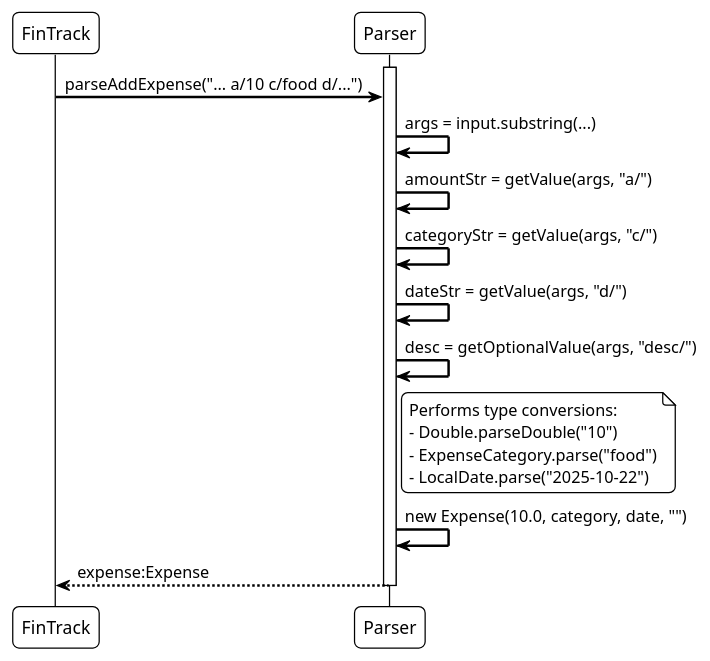
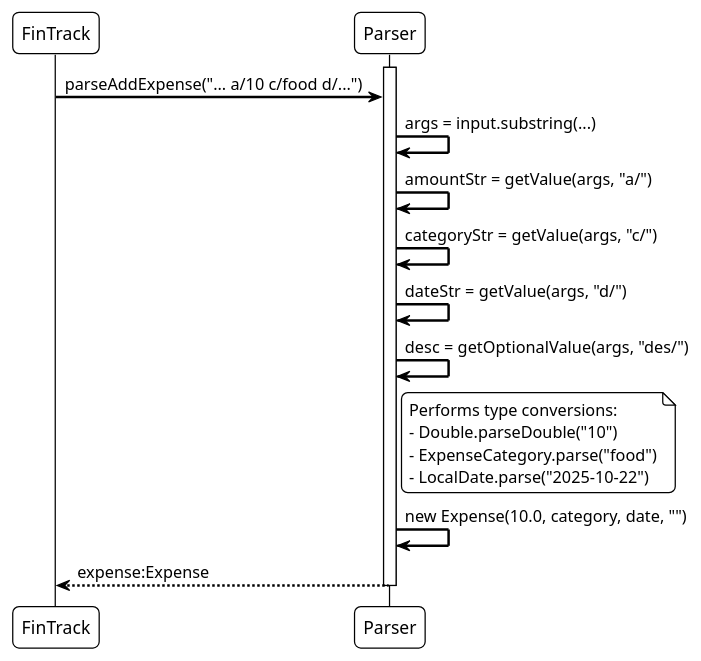
One commit to AY2526S1-CS2113-W12-4/tp changed the diagram in docs/diagrams/parser.puml. Above: the diagram before and after it, drawn with PlantUML. The commit also changed 11 other files, not shown here.

Commit message:
Change desc/ to des/, allow parsing of tab after first word

```diff
--- a/docs/diagrams/parser.puml
+++ b/docs/diagrams/parser.puml
@@ -1,33 +1,33 @@
 @startuml
 !theme plain
 skinparam sequenceArrowThickness 2
 skinparam roundcorner 10
 skinparam participantpadding 5
 skinparam boxpadding 30
 
 participant FinTrack
 participant Parser
 
 activate Parser
 FinTrack -> Parser : parseAddExpense("... a/10 c/food d/...")
 
 ' --- Argument Parsing --- '
 Parser -> Parser : args = input.substring(...)
 Parser -> Parser : amountStr = getValue(args, "a/")
 Parser -> Parser : categoryStr = getValue(args, "c/")
 Parser -> Parser : dateStr = getValue(args, "d/")
-Parser -> Parser : desc = getOptionalValue(args, "desc/")
+Parser -> Parser : desc = getOptionalValue(args, "des/")
 
 ' --- Validation and Construction --- '
 note right of Parser
     Performs type conversions:
     - Double.parseDouble("10")
     - ExpenseCategory.parse("food")
     - LocalDate.parse("2025-10-22")
 end note
 
 Parser -> Parser : new Expense(10.0, category, date, "")
 
 Parser --> FinTrack : expense:Expense
 deactivate Parser
 @enduml
```
